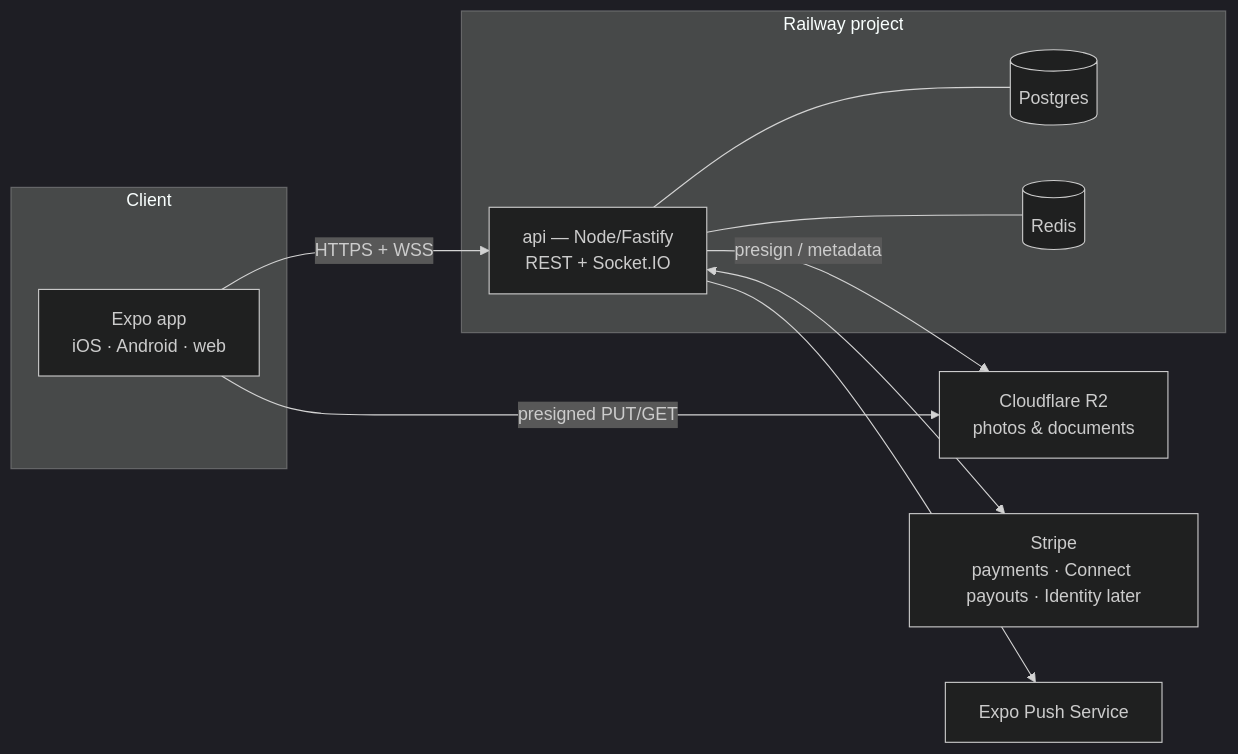
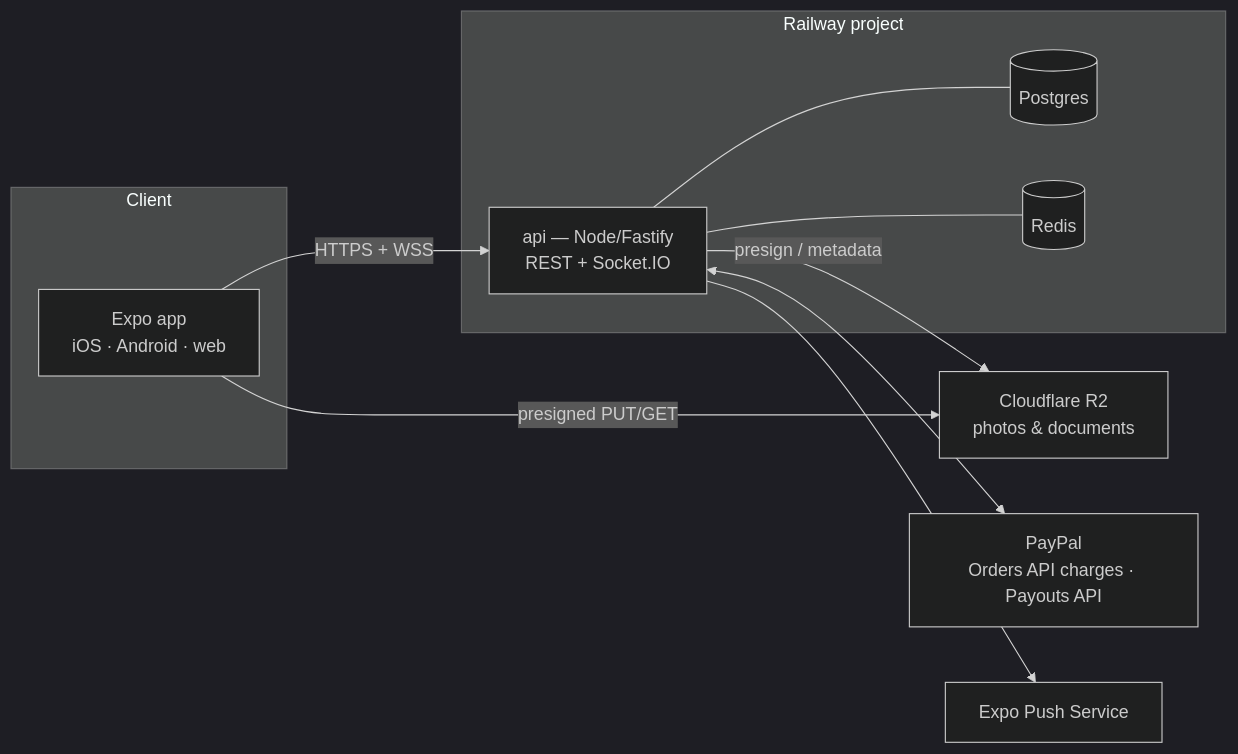
Before and after one commit to IslandManSwevo/island-rides-app: the diagram in design/04-backend-architecture.md, drawn with Mermaid (dark theme). The commit also changed other lines of this file and 8 other files, not shown here.

First line of the commit message:
Design package: flight-aware pickups, drive-side primer, QR codes, offline check-in, PayPal interim rail, risk log

````diff
--- a/design/04-backend-architecture.md
+++ b/design/04-backend-architecture.md
@@ -7,22 +7,22 @@
 ```mermaid
 flowchart LR
     subgraph Client
       A[Expo app<br/>iOS · Android · web]
     end
     subgraph Railway project
       B[api — Node/Fastify<br/>REST + Socket.IO]
       C[(Postgres)]
       D[(Redis)]
     end
     E[Cloudflare R2<br/>photos & documents]
-    F[Stripe<br/>payments · Connect payouts · Identity later]
+    F[PayPal<br/>Orders API charges · Payouts API]
     G[Expo Push Service]
 
     A -- HTTPS + WSS --> B
     B --- C
     B --- D
     A -- presigned PUT/GET --> E
     B -- presign / metadata --> E
     B <--> F
     B --> G
 ```
````
